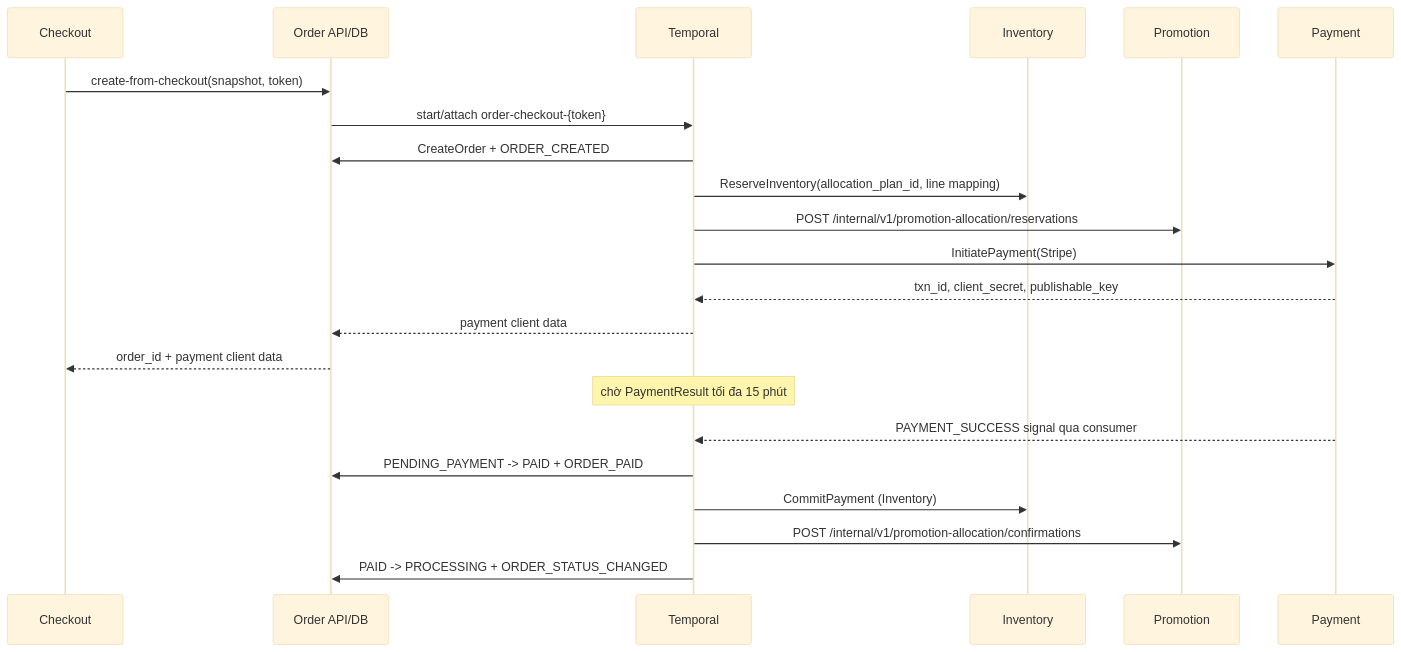
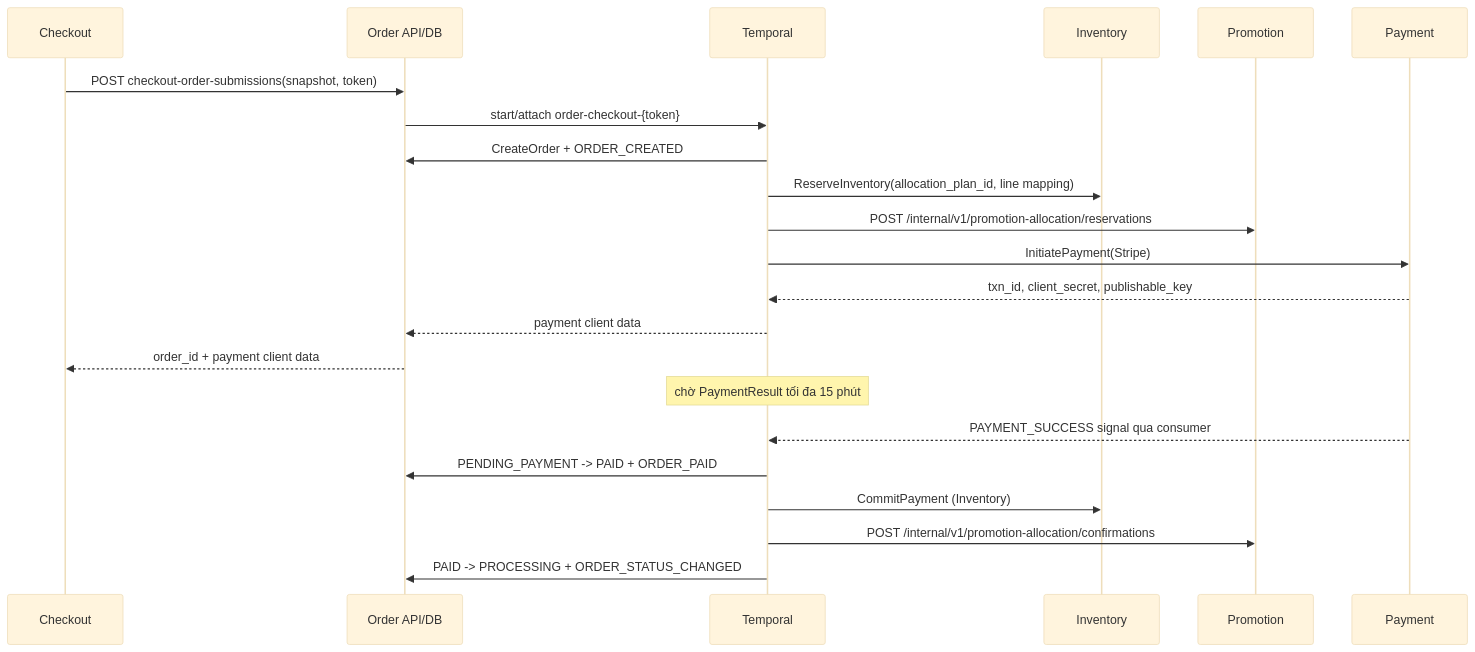
One commit to quangdung2110/e-commerce-microservices changed the first of 2 diagrams in docs/order/workflows.md. Above: the diagram before and after it, drawn with Mermaid (base theme). The commit also changed other lines of this file and 7 other files, not shown here.

````diff
--- a/docs/order/workflows.md
+++ b/docs/order/workflows.md
@@ -138,24 +148,24 @@
 ```mermaid
 sequenceDiagram
   participant C as Checkout
   participant O as Order API/DB
   participant T as Temporal
   participant I as Inventory
   participant P as Promotion
   participant Y as Payment
-  C->>O: create-from-checkout(snapshot, token)
+  C->>O: POST checkout-order-submissions(snapshot, token)
   O->>T: start/attach order-checkout-{token}
   T->>O: CreateOrder + ORDER_CREATED
   T->>I: ReserveInventory(allocation_plan_id, line mapping)
   T->>P: POST /internal/v1/promotion-allocation/reservations
   T->>Y: InitiatePayment(Stripe)
   Y-->>T: txn_id, client_secret, publishable_key
   T-->>O: payment client data
   O-->>C: order_id + payment client data
   Note over T: chờ PaymentResult tối đa 15 phút
   Y-->>T: PAYMENT_SUCCESS signal qua consumer
   T->>O: PENDING_PAYMENT -> PAID + ORDER_PAID
   T->>I: CommitPayment (Inventory)
   T->>P: POST /internal/v1/promotion-allocation/confirmations
   T->>O: PAID -> PROCESSING + ORDER_STATUS_CHANGED
 ```
````
